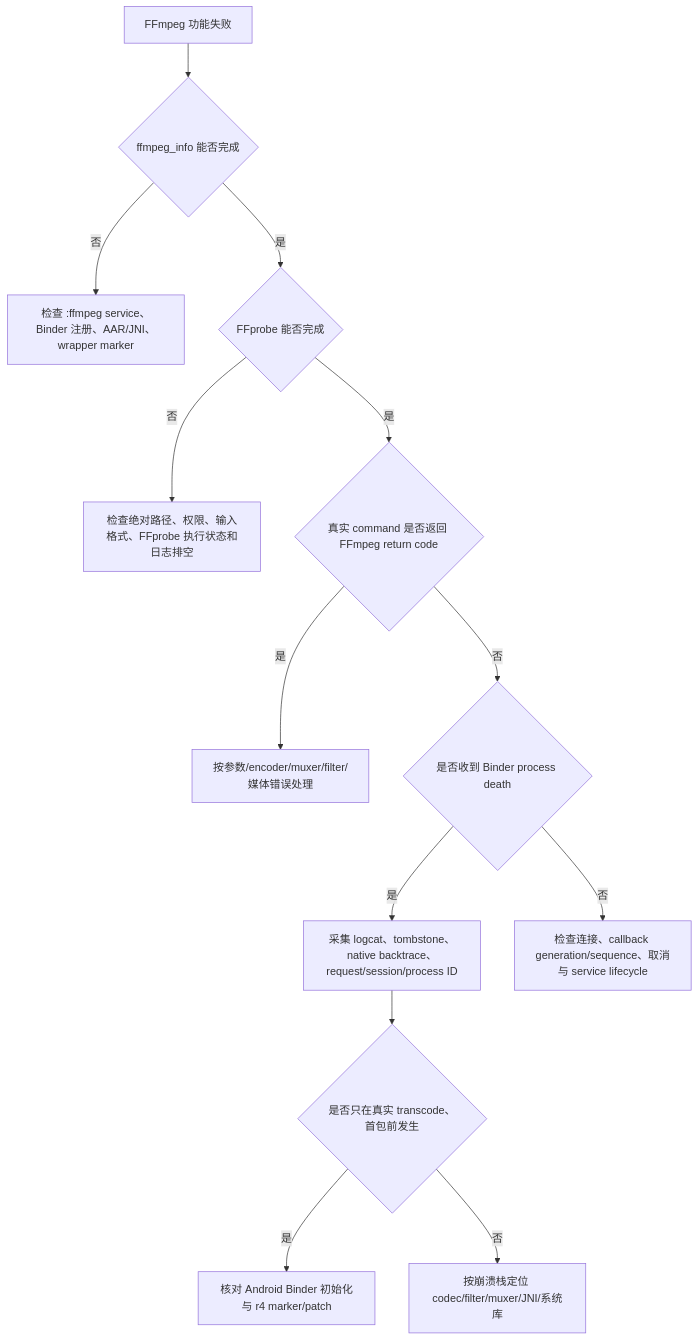
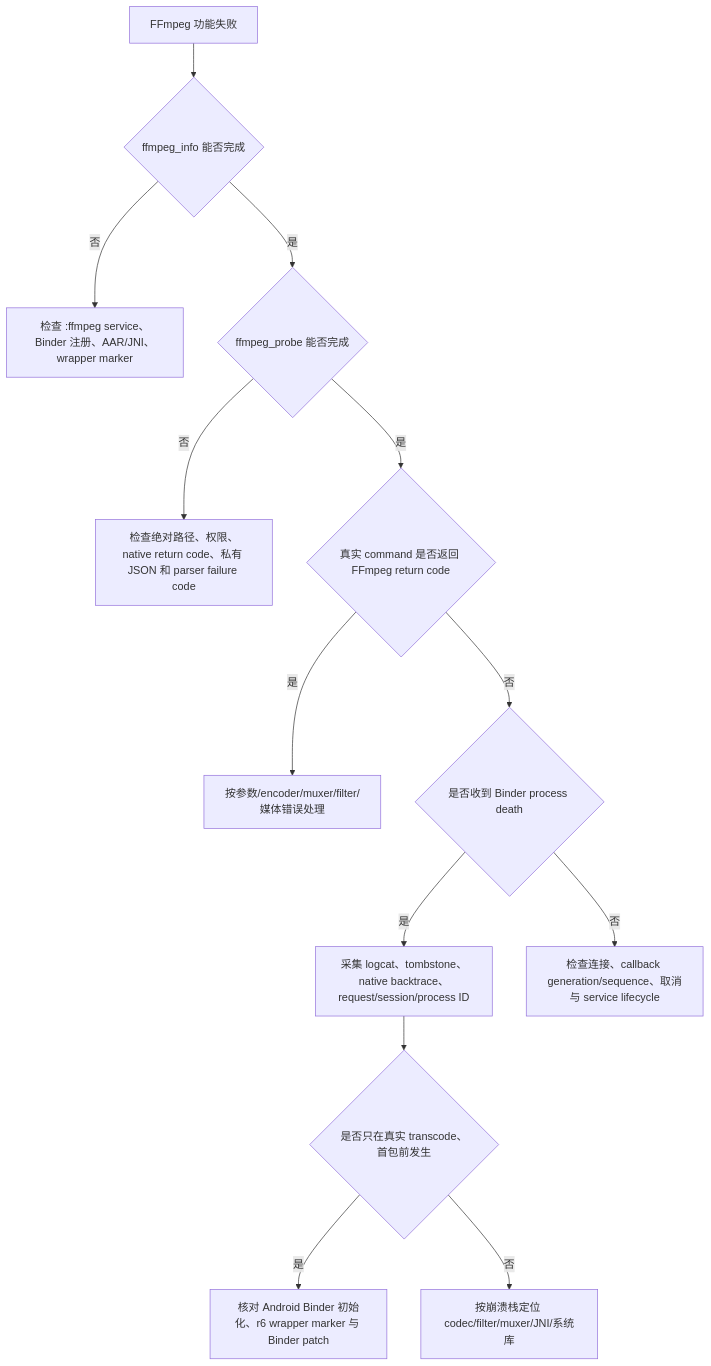
The second of 2 diagrams in docs/doc-src/dev-core/FFMPEG_ARCHITECTURE.md (Kiyori-CN/Kiyori), drawn with Mermaid before and after one commit. The commit also changed other lines of this file and 59 other files, not shown here.

Commit message:
fix(ffmpeg): repair Android capability output and conversion contract

````diff
--- a/docs/doc-src/dev-core/FFMPEG_ARCHITECTURE.md
+++ b/docs/doc-src/dev-core/FFMPEG_ARCHITECTURE.md
@@ -1193,15 +1313,15 @@
 ```mermaid
 flowchart TD
     Start["FFmpeg 功能失败"] --> Info{"ffmpeg_info 能否完成"}
     Info -->|"否"| Bind["检查 :ffmpeg service、Binder 注册、AAR/JNI、wrapper marker"]
-    Info -->|"是"| Probe{"FFprobe 能否完成"}
-    Probe -->|"否"| ProbePath["检查绝对路径、权限、输入格式、FFprobe 执行状态和日志排空"]
+    Info -->|"是"| Probe{"ffmpeg_probe 能否完成"}
+    Probe -->|"否"| ProbePath["检查绝对路径、权限、native return code、私有 JSON 和 parser failure code"]
     Probe -->|"是"| Command{"真实 command 是否返回 FFmpeg return code"}
     Command -->|"是"| NormalFailure["按参数/encoder/muxer/filter/媒体错误处理"]
     Command -->|"否"| Died{"是否收到 Binder process death"}
     Died -->|"是"| NativeEvidence["采集 logcat、tombstone、native backtrace、request/session/process ID"]
     Died -->|"否"| Waiting["检查连接、callback generation/sequence、取消与 service lifecycle"]
     NativeEvidence --> Boundary{"是否只在真实 transcode、首包前发生"}
-    Boundary -->|"是"| BinderPath["核对 Android Binder 初始化与 r4 marker/patch"]
+    Boundary -->|"是"| BinderPath["核对 Android Binder 初始化、r6 wrapper marker 与 Binder patch"]
     Boundary -->|"否"| StackPath["按崩溃栈定位 codec/filter/muxer/JNI/系统库"]
 ```
````
